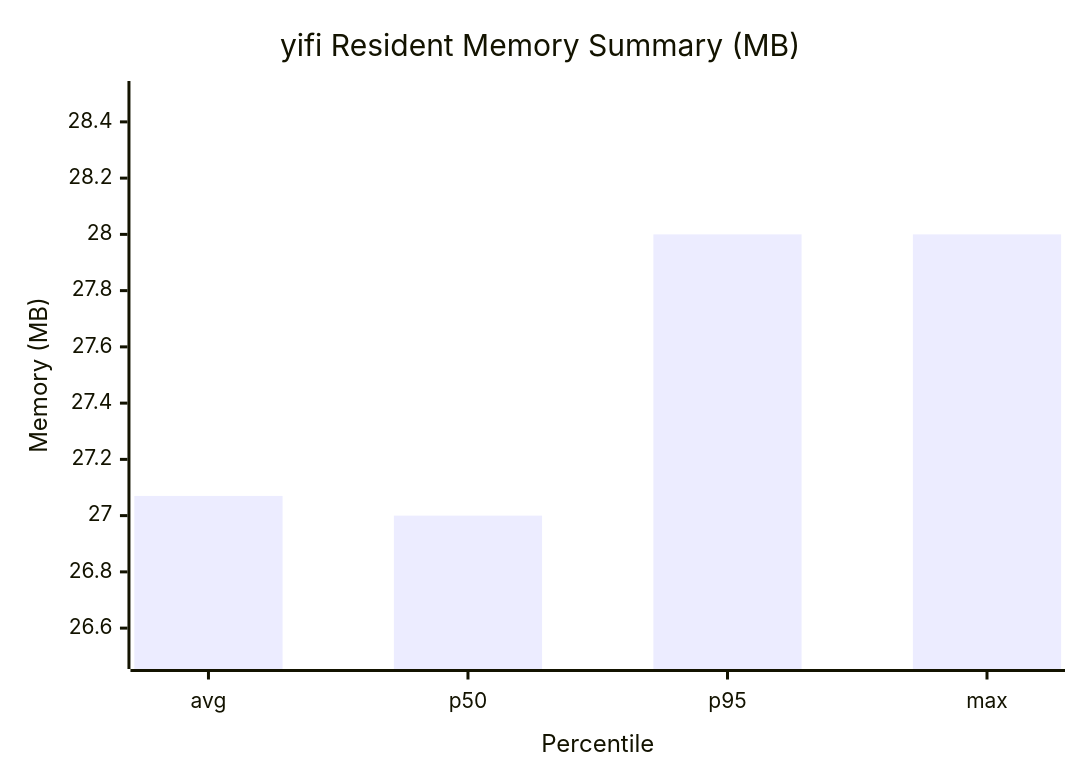
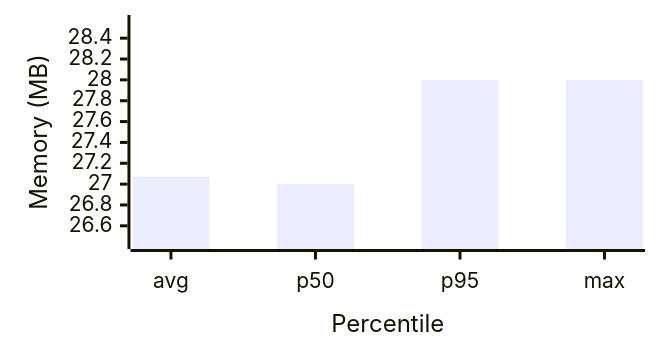
One commit to itsnauman/yifi changed the second of 2 diagrams in README.md. Above: the diagram before and after it, drawn with Mermaid. The commit also changed other lines of this file, not shown here.

Commit message:
docs: shrink README mermaid chart rendering

````diff
--- a/README.md
+++ b/README.md
@@ -42,7 +42,7 @@
 ```mermaid
+%%{init: {"xyChart": {"width": 420, "height": 220}} }%%
 xychart-beta
-    title "yifi Resident Memory Summary (MB)"
     x-axis "Percentile" ["avg","p50","p95","max"]
     y-axis "Memory (MB)" 26.5 --> 28.5
     bar [27.07,27.00,28.00,28.00]
 ```
````
